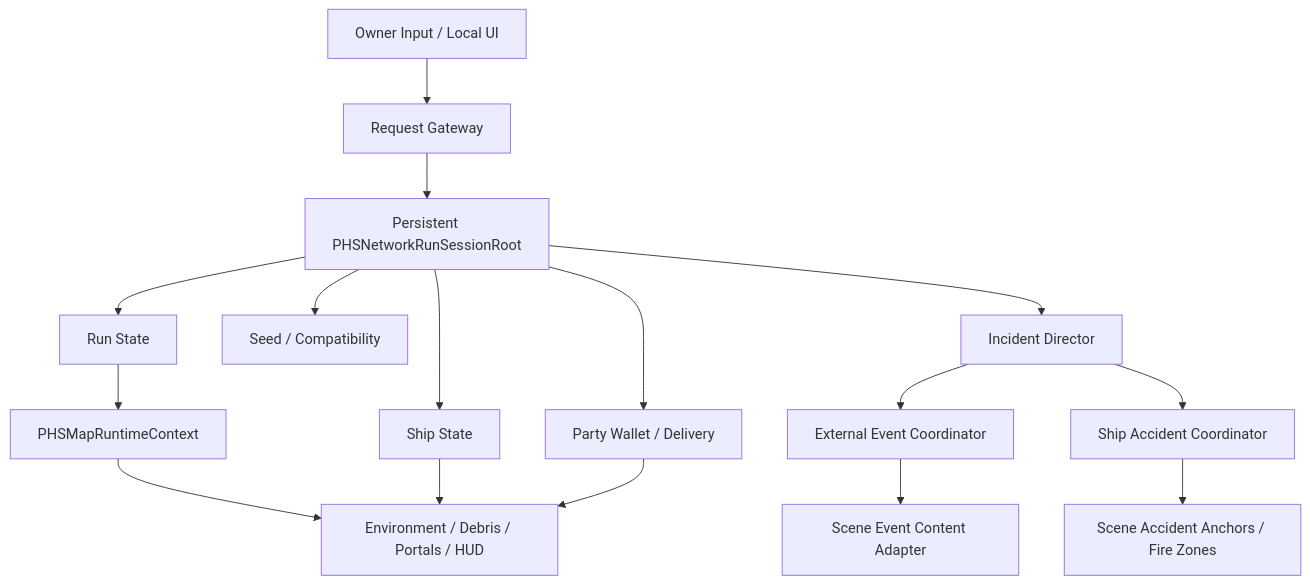
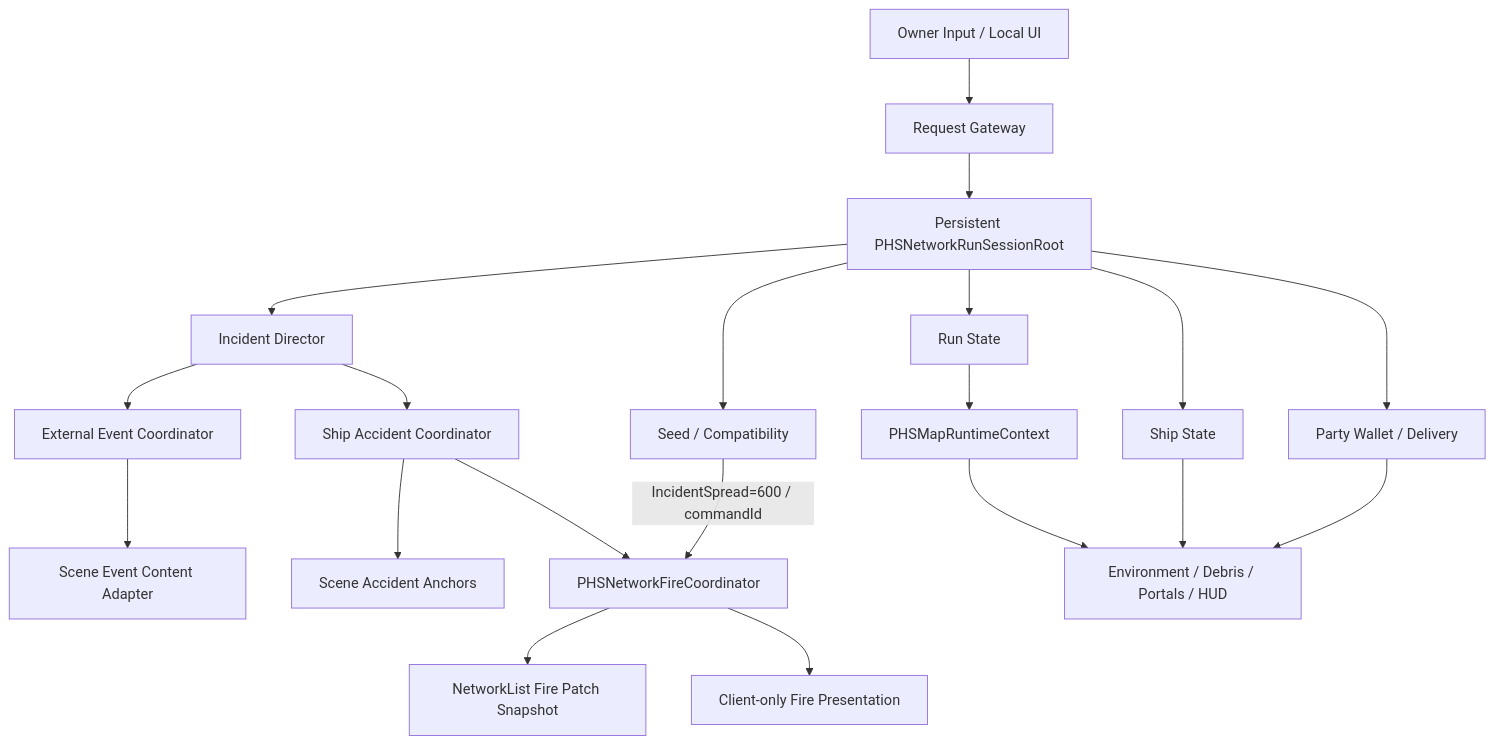
One commit to bokings34-ui/LastJumpCrew_Copy changed the second of 2 diagrams in Docs/LASTJUMPCREW_INTEGRATED_GAMEPLAY_NETWORK_SPEC_0718.md. Above: the diagram before and after it, drawn with Mermaid. The commit also changed other lines of this file and 39 other files, not shown here.

````diff
--- a/Docs/LASTJUMPCREW_INTEGRATED_GAMEPLAY_NETWORK_SPEC_0718.md
+++ b/Docs/LASTJUMPCREW_INTEGRATED_GAMEPLAY_NETWORK_SPEC_0718.md
@@ -318,18 +318,22 @@
 ```mermaid
 flowchart TB
     A["Owner Input / Local UI"] --> B["Request Gateway"]
     B --> C["Persistent PHSNetworkRunSessionRoot"]
     C --> D["Run State"]
     C --> E["Ship State"]
     C --> F["Party Wallet / Delivery"]
     C --> G["Seed / Compatibility"]
     C --> H["Incident Director"]
     H --> I["External Event Coordinator"]
     H --> J["Ship Accident Coordinator"]
     I --> K["Scene Event Content Adapter"]
-    J --> L["Scene Accident Anchors / Fire Zones"]
+    J --> L["Scene Accident Anchors"]
+    J --> O["PHSNetworkFireCoordinator"]
+    O --> P["NetworkList Fire Patch Snapshot"]
+    O --> Q["Client-only Fire Presentation"]
+    G -->|"IncidentSpread=600 / commandId"| O
     D --> M["PHSMapRuntimeContext"]
     M --> N["Environment / Debris / Portals / HUD"]
     E --> N
     F --> N
 ```
````
